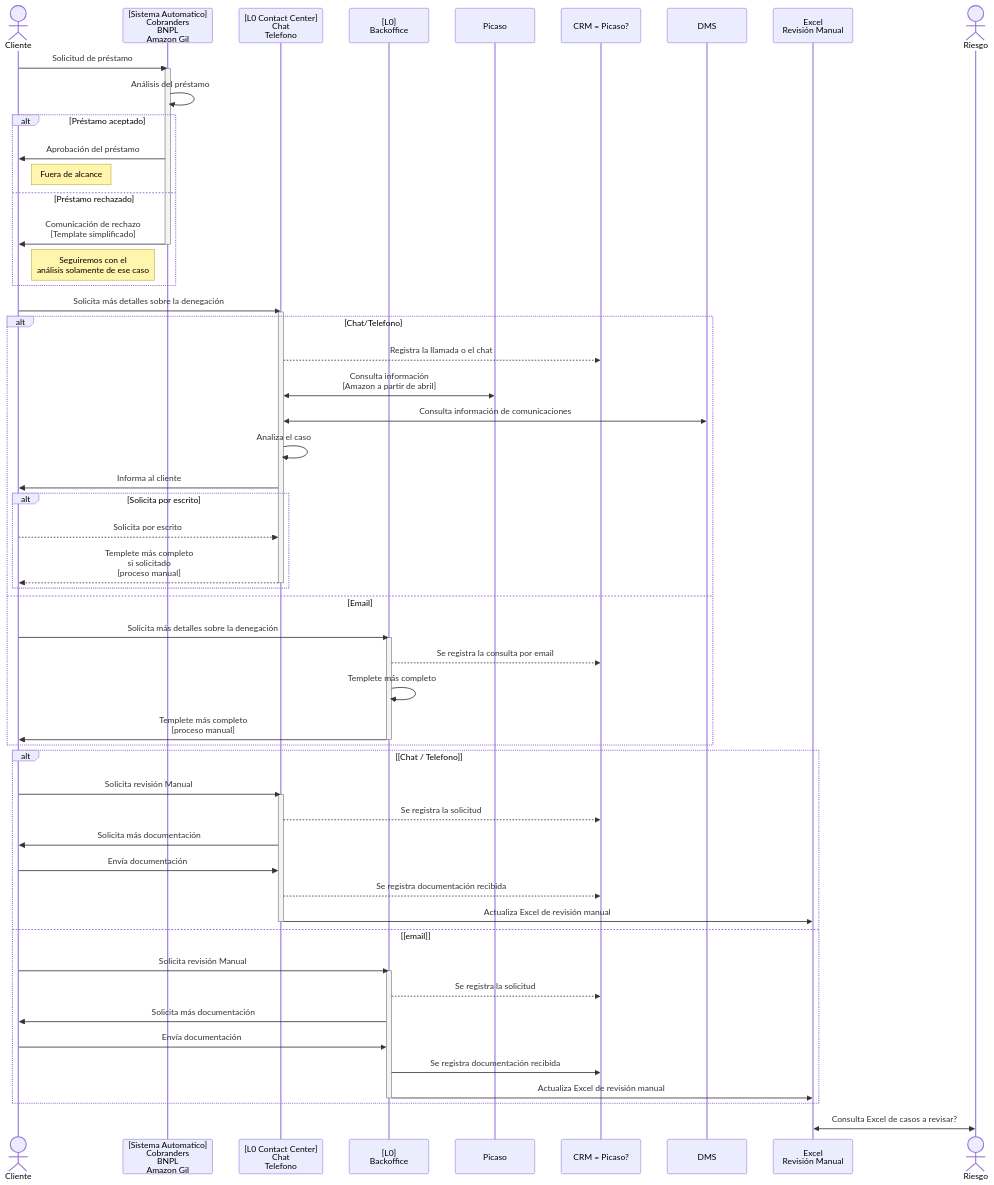
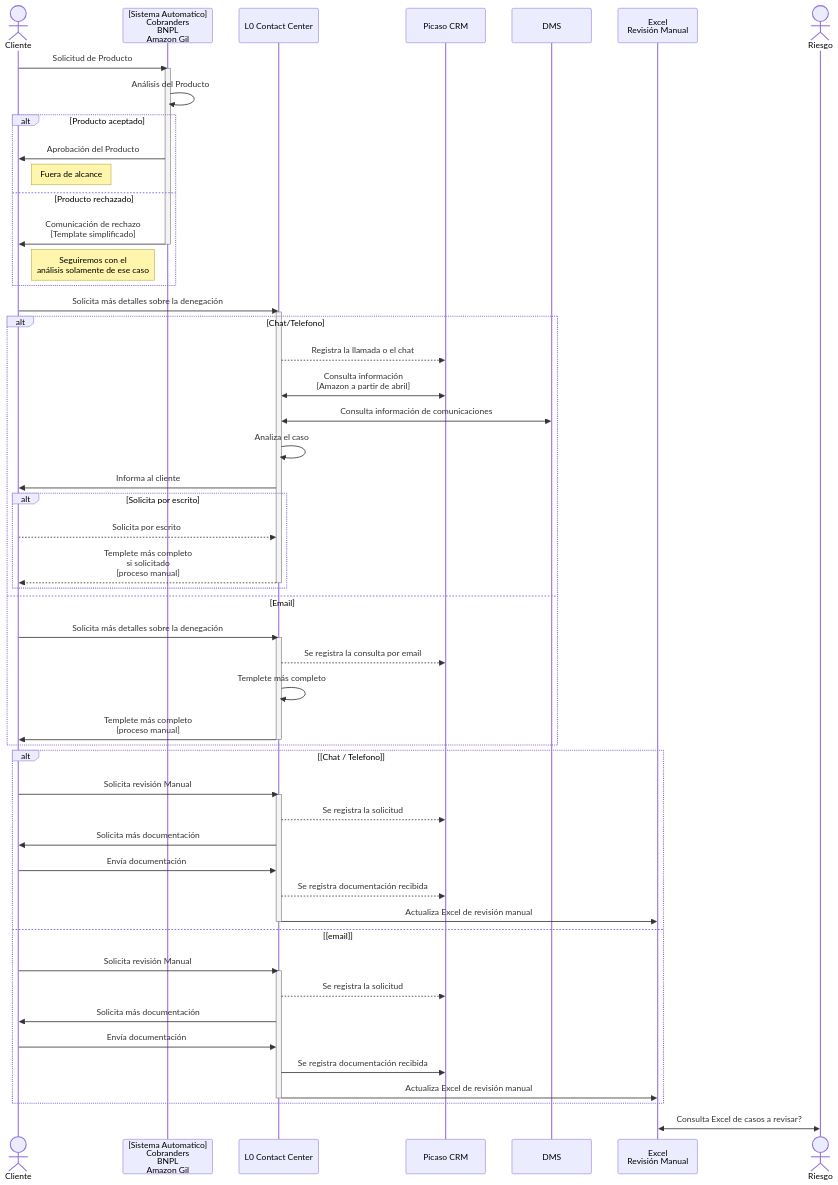
Before and after one commit to chaiben-ntt/zinia: the first of 3 diagrams in pre_sesion1/sesion1.md, drawn with Mermaid. The commit also changed 52 other files, not shown here.

````diff
--- a/pre_sesion1/sesion1.md
+++ b/pre_sesion1/sesion1.md
@@ -47,66 +47,64 @@
 ```mermaid
 sequenceDiagram
 Actor Cliente
 Participant Banca as [Sistema Automatico]<br>Cobranders<br>BNPL<br>Amazon Gil
-Participant L0 as [L0 Contact Center]<br>Chat<br>Telefono
-Participant L0Back as [L0]<br>Backoffice
-Participant Picaso
-Participant CRM as CRM = Picaso?
+Participant L0 as L0 Contact Center
+Participant Picaso as Picaso CRM
 Participant DMS
 Participant Excel as Excel <br>Revisión Manual
 Actor Riesgo
 
-Cliente ->> Banca: Solicitud de préstamo
+Cliente ->> Banca: Solicitud de Producto
 activate Banca
-Banca ->> Banca: Análisis del préstamo
-alt Préstamo aceptado
-    Banca ->> Cliente: Aprobación del préstamo
+Banca ->> Banca: Análisis del Producto
+alt Producto aceptado
+    Banca ->> Cliente: Aprobación del Producto
     Note right of Cliente: Fuera de alcance
-else Préstamo rechazado
+else Producto rechazado
     Banca ->> Cliente: Comunicación de rechazo <br>[Template simplificado]
 deactivate Banca
     Note right of Cliente: Seguiremos con el <br>análisis solamente de ese caso
 end
 Cliente ->> L0: Solicita más detalles sobre la denegación
 activate L0
 alt Chat/Telefono
-L0 -->> CRM: Registra la llamada o el chat
+L0 -->> Picaso: Registra la llamada o el chat
 L0 <<->> Picaso: Consulta información<br>[Amazon a partir de abril]
 L0 <<->> DMS: Consulta información de comunicaciones
 L0 ->> L0: Analiza el caso
 L0 ->> Cliente: Informa al cliente
 alt Solicita por escrito
 Cliente-->>L0: Solicita por escrito
 L0 -->> Cliente: Templete más completo<br>si solicitado<br>[proceso manual]
 deactivate L0
 end
 
 else Email
-Cliente ->> L0Back: Solicita más detalles sobre la denegación
-activate L0Back
-L0Back -->> CRM: Se registra la consulta por email
-L0Back ->> L0Back: Templete más completo
-L0Back ->> Cliente: Templete más completo<br>[proceso manual]
-deactivate L0Back
+Cliente ->> L0: Solicita más detalles sobre la denegación
+activate L0
+L0 -->> Picaso: Se registra la consulta por email
+L0 ->> L0: Templete más completo
+L0 ->> Cliente: Templete más completo<br>[proceso manual]
+deactivate L0
 end
 alt [Chat / Telefono]
 Cliente ->> L0: Solicita revisión Manual
 activate L0
-L0 -->> CRM: Se registra la solicitud
+L0 -->> Picaso: Se registra la solicitud
 L0 ->> Cliente: Solicita más documentación
 Cliente ->> L0: Envía documentación
-L0 -->> CRM: Se registra documentación recibida
+L0 -->> Picaso: Se registra documentación recibida
 L0 ->> Excel: Actualiza Excel de revisión manual
 deactivate L0
 else [email]
-Cliente ->> L0Back: Solicita revisión Manual
-activate L0Back
-L0Back -->> CRM: Se registra la solicitud
-L0Back ->> Cliente: Solicita más documentación
-Cliente ->> L0Back: Envía documentación
-L0Back ->> CRM: Se registra documentación recibida
-L0Back ->> Excel: Actualiza Excel de revisión manual
-deactivate L0Back
+Cliente ->> L0: Solicita revisión Manual
+activate L0
+L0 -->> Picaso: Se registra la solicitud
+L0 ->> Cliente: Solicita más documentación
+Cliente ->> L0: Envía documentación
+L0 ->> Picaso: Se registra documentación recibida
+L0 ->> Excel: Actualiza Excel de revisión manual
+deactivate L0
 end
 Riesgo <<->> Excel: Consulta Excel de casos a revisar?
 ```
````
